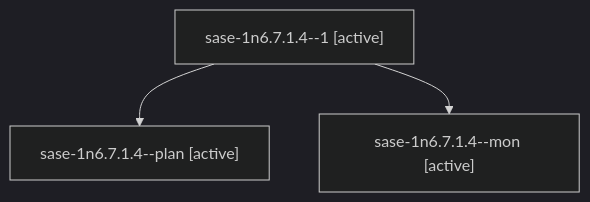
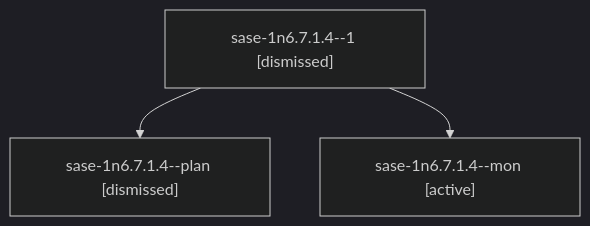
One commit to sase-org/sase--agents changed the diagram in sessions/bbugyi200.athena.sase-1n6.7.1.4.md. Above: the diagram before and after it, drawn with Mermaid (dark theme). The commit also changed other lines of this file and 247 other files, not shown here.

````diff
--- a/sessions/bbugyi200.athena.sase-1n6.7.1.4.md
+++ b/sessions/bbugyi200.athena.sase-1n6.7.1.4.md
@@ -9,8 +9,8 @@
 ```mermaid
 flowchart TD
-  n0["sase-1n6.7.1.4--1 [active]"]
-  n1["sase-1n6.7.1.4--plan [active]"]
+  n0["sase-1n6.7.1.4--1 [dismissed]"]
+  n1["sase-1n6.7.1.4--plan [dismissed]"]
   n0 --> n1
   n2["sase-1n6.7.1.4--mon [active]"]
   n0 --> n2
 ```
````
